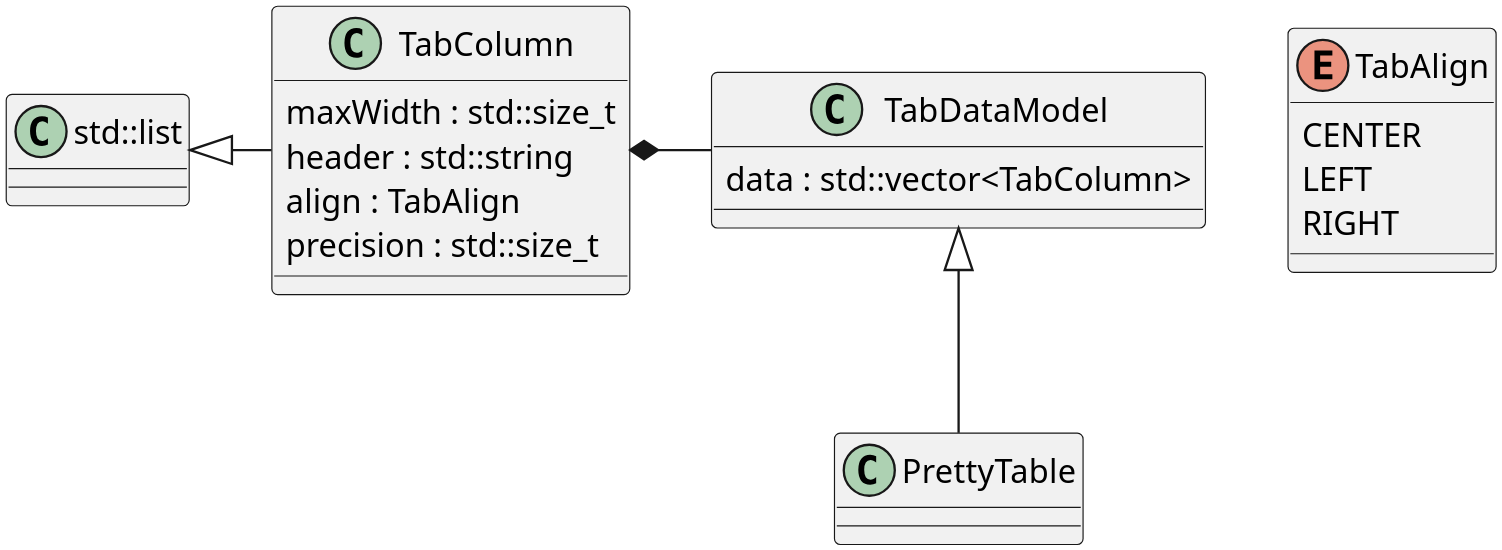
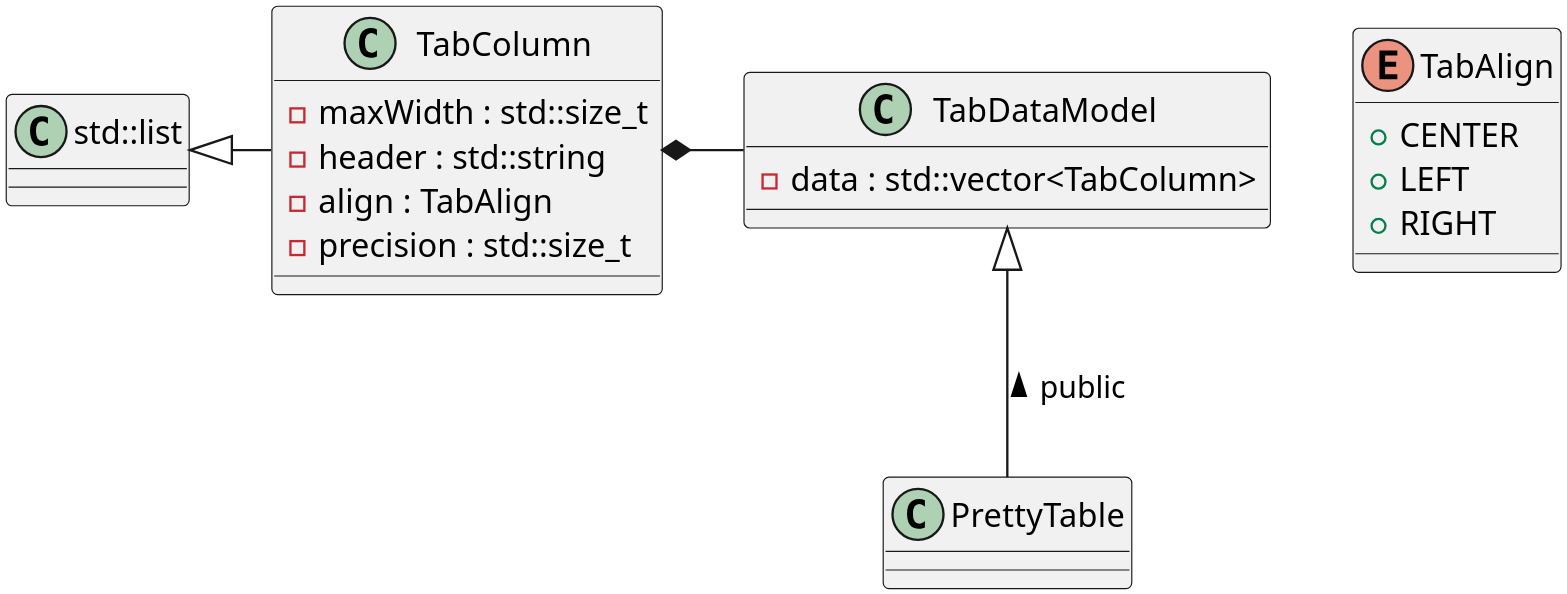
The diagram in drawer/drawer.puml (Unsigned-Long/pretty-table), drawn with PlantUML before and after one commit. The commit also changed 1 other file, not shown here.

```diff
--- a/drawer/drawer.puml
+++ b/drawer/drawer.puml
@@ -1,28 +1,30 @@
 @startuml Pretty-Table
 scale 20
 
 skinparam DefaultFontName "Ubuntu Mono"
 
 enum TabAlign
 class std::list
 class TabColumn{
-    maxWidth : std::size_t
-    header : std::string
-    align : TabAlign
-    precision : std::size_t
+    - maxWidth : std::size_t
+    - header : std::string
+    - align : TabAlign
+    - precision : std::size_t
 }
 class TabDataModel{
-    data : std::vector<TabColumn>
+    - data : std::vector<TabColumn>
 }
 class PrettyTable
 
 TabColumn -left-|> std::list
 TabDataModel -left-* TabColumn
 
-PrettyTable -up-|> TabDataModel
+PrettyTable -up-|> TabDataModel : public >
 
-TabAlign : CENTER
-TabAlign : LEFT
-TabAlign : RIGHT
+enum TabAlign {
+    + CENTER
+    + LEFT
+    + RIGHT
+}
 
 @enduml
```
